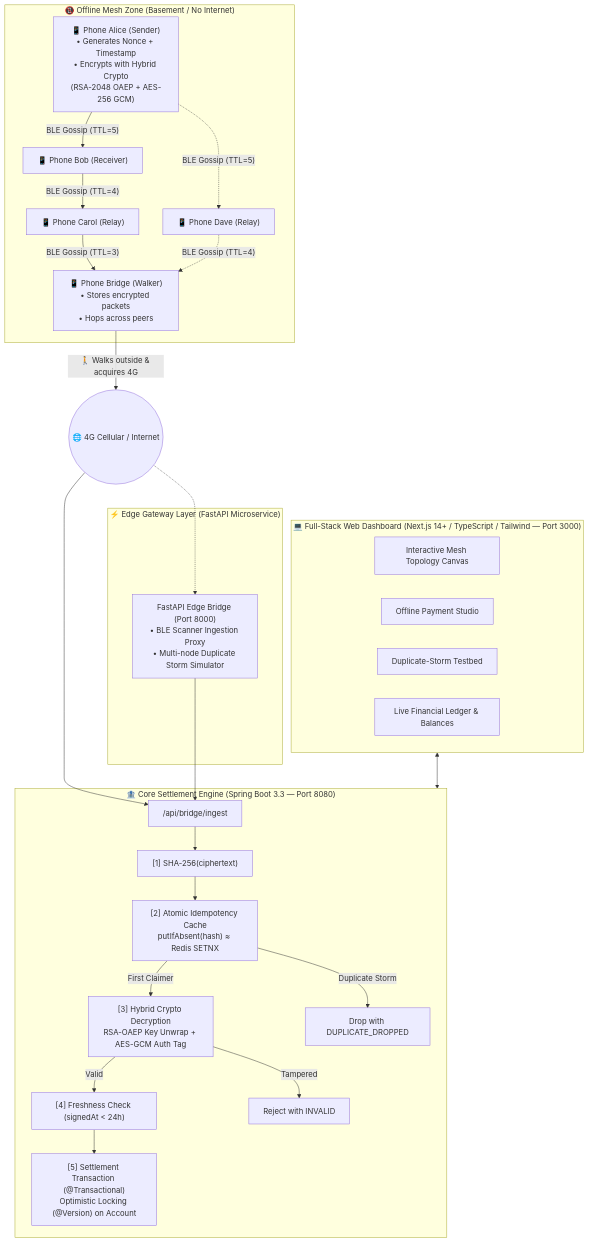
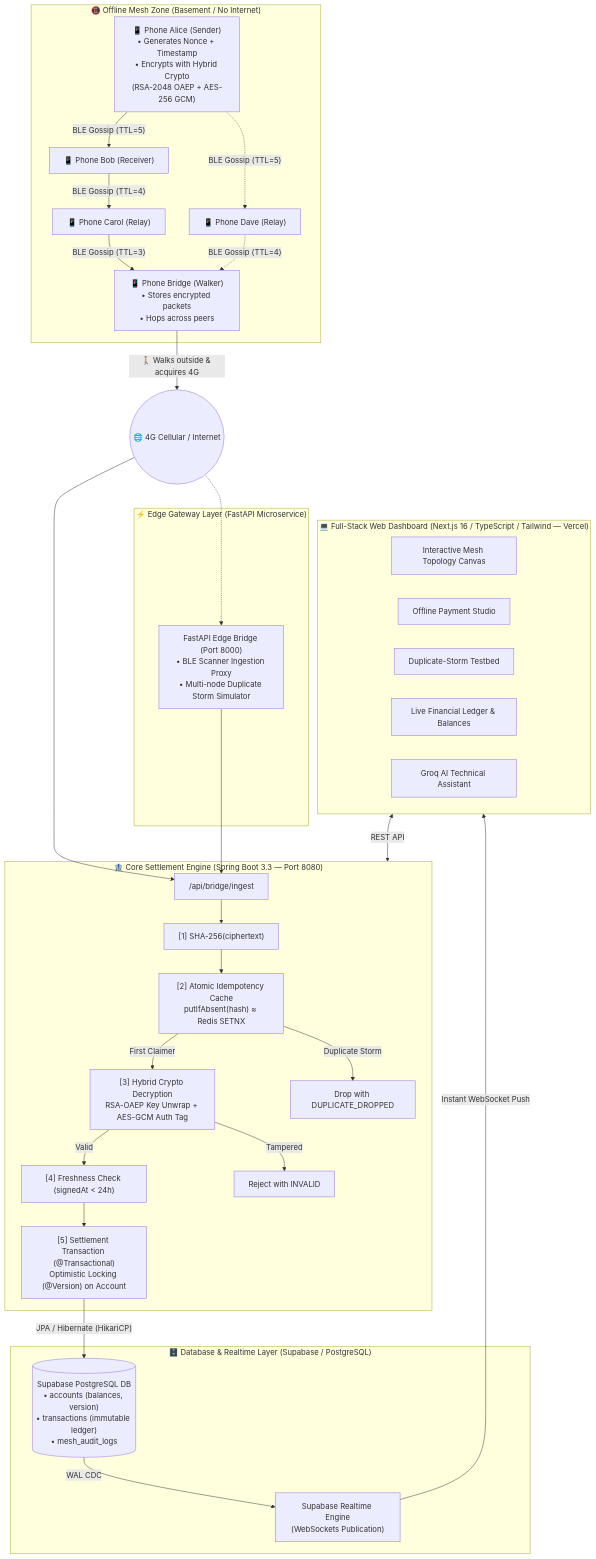
Before and after one commit to pranshu-rajan/upi-offline-mesh: the diagram in README.md, drawn with Mermaid. The commit also changed other lines of this file and 10 other files, not shown here.

````diff
--- a/README.md
+++ b/README.md
@@ -21,51 +29,61 @@
 ```mermaid
 flowchart TD
     subgraph OfflineZone["📵 Offline Mesh Zone (Basement / No Internet)"]
         Alice["📱 Phone Alice (Sender)\n• Generates Nonce + Timestamp\n• Encrypts with Hybrid Crypto\n(RSA-2048 OAEP + AES-256 GCM)"]
         Bob["📱 Phone Bob (Receiver)"]
         Carol["📱 Phone Carol (Relay)"]
         Dave["📱 Phone Dave (Relay)"]
         BridgeNode["📱 Phone Bridge (Walker)\n• Stores encrypted packets\n• Hops across peers"]
         
         Alice -->|"BLE Gossip (TTL=5)"| Bob
         Bob -->|"BLE Gossip (TTL=4)"| Carol
         Carol -->|"BLE Gossip (TTL=3)"| BridgeNode
         Alice -.->|"BLE Gossip (TTL=5)"| Dave
         Dave -.->|"BLE Gossip (TTL=4)"| BridgeNode
     end
 
     BridgeNode -->|"🚶 Walks outside & acquires 4G"| InternetCloud(("🌐 4G Cellular / Internet"))
 
     subgraph EdgeLayer["⚡ Edge Gateway Layer (FastAPI Microservice)"]
         FastAPIGateway["FastAPI Edge Bridge (Port 8000)\n• BLE Scanner Ingestion Proxy\n• Multi-node Duplicate Storm Simulator"]
     end
 
     subgraph CoreBackend["🏦 Core Settlement Engine (Spring Boot 3.3 — Port 8080)"]
         Ingest["/api/bridge/ingest"]
         HashStep["[1] SHA-256(ciphertext)"]
         Idempotency["[2] Atomic Idempotency Cache\nputIfAbsent(hash) ≈ Redis SETNX"]
         CryptoVerify["[3] Hybrid Crypto Decryption\nRSA-OAEP Key Unwrap + AES-GCM Auth Tag"]
         Freshness["[4] Freshness Check (signedAt < 24h)"]
         Settlement["[5] Settlement Transaction (@Transactional)\nOptimistic Locking (@Version) on Account"]
         
         Ingest --> HashStep
         HashStep --> Idempotency
         Idempotency -->|"First Claimer"| CryptoVerify
         Idempotency -->|"Duplicate Storm"| DupDrop["Drop with DUPLICATE_DROPPED"]
         CryptoVerify -->|"Tampered"| InvalidDrop["Reject with INVALID"]
         CryptoVerify -->|"Valid"| Freshness
         Freshness --> Settlement
     end
 
-    subgraph FrontendApp["💻 Full-Stack Web Dashboard (Next.js 14+ / TypeScript / Tailwind — Port 3000)"]
+    subgraph DatabaseLayer["🗄️ Database & Realtime Layer (Supabase / PostgreSQL)"]
+        SupabaseDB[("Supabase PostgreSQL DB\n• accounts (balances, version)\n• transactions (immutable ledger)\n• mesh_audit_logs")]
+        SupabaseRealtime["Supabase Realtime Engine\n(WebSockets Publication)"]
+        
+        Settlement -->|"JPA / Hibernate (HikariCP)"| SupabaseDB
+        SupabaseDB -->|"WAL CDC"| SupabaseRealtime
+    end
+
+    subgraph FrontendApp["💻 Full-Stack Web Dashboard (Next.js 16 / TypeScript / Tailwind — Vercel)"]
         Topology["Interactive Mesh Topology Canvas"]
         Studio["Offline Payment Studio"]
         StormSim["Duplicate-Storm Testbed"]
         LiveLedger["Live Financial Ledger & Balances"]
+        AiAssistant["Groq AI Technical Assistant"]
     end
 
     InternetCloud --> Ingest
     InternetCloud -.-> FastAPIGateway
     FastAPIGateway --> Ingest
-    FrontendApp <--> CoreBackend
+    FrontendApp <-->|"REST API"| CoreBackend
+    SupabaseRealtime -->|"Instant WebSocket Push"| FrontendApp
 ```
````
